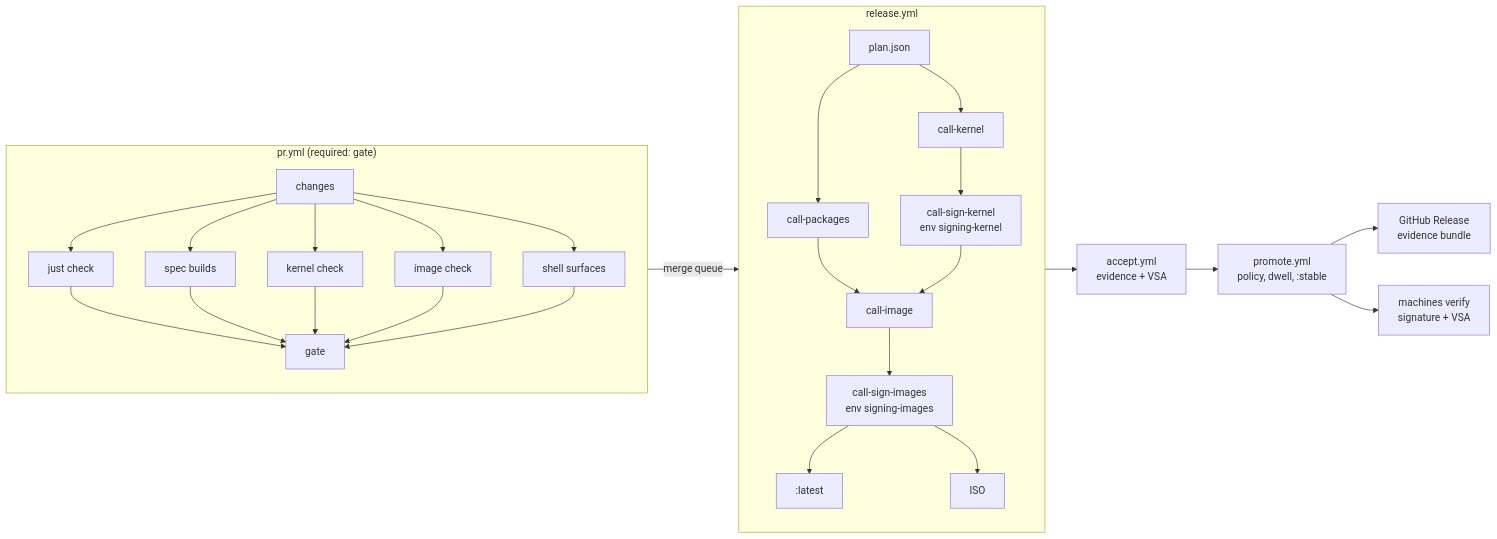
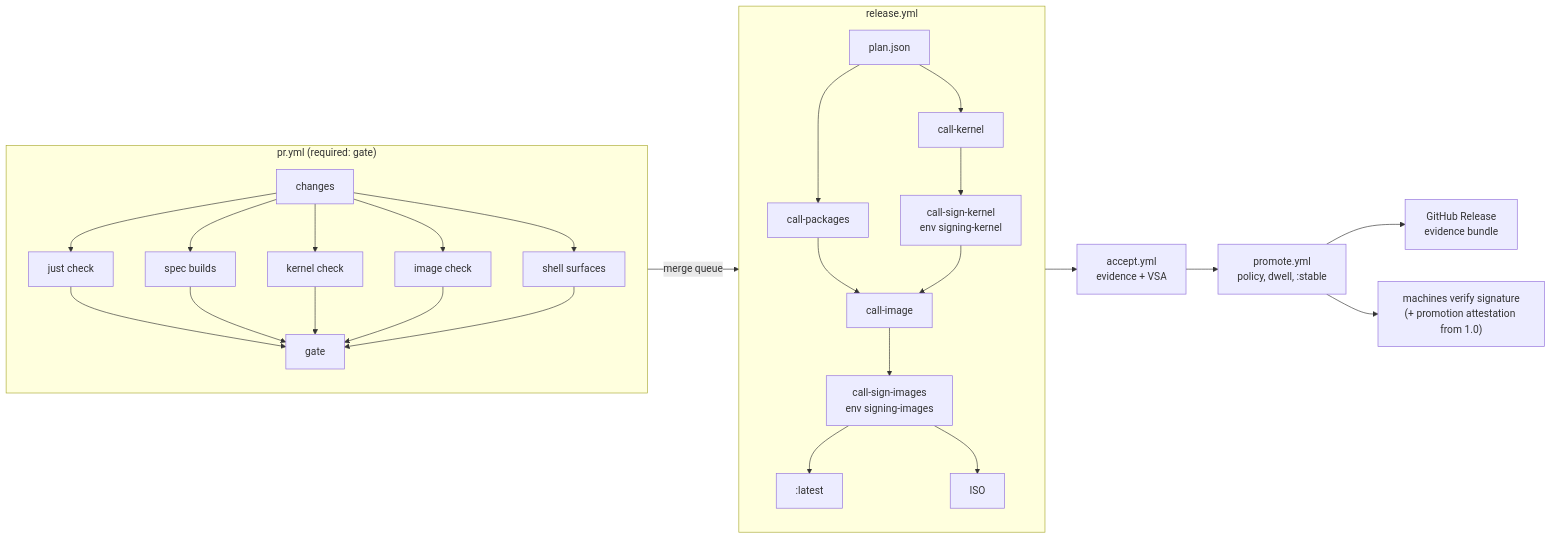
Before and after one commit to ars-regia/athanor: the diagram in docs/architecture/doc_pipeline.md, drawn with Mermaid. The commit also changed other lines of this file and 1 other file, not shown here.

````diff
--- a/docs/architecture/doc_pipeline.md
+++ b/docs/architecture/doc_pipeline.md
@@ -137,25 +141,25 @@
 ```mermaid
 flowchart LR
   subgraph PR["pr.yml (required: gate)"]
     C[changes] --> K[just check]
     C --> SB[spec builds]
     C --> KB[kernel check]
     C --> IC[image check]
     C --> SH[shell surfaces]
     K & SB & KB & IC & SH --> G[gate]
   end
   PR -->|merge queue| R
   subgraph R["release.yml"]
     P[plan.json] --> PK[call-packages]
     P --> KE[call-kernel]
     KE --> SK[call-sign-kernel<br/>env signing-kernel]
     PK & SK --> IM[call-image]
     IM --> SI[call-sign-images<br/>env signing-images]
     SI --> L[":latest"]
     SI --> ISO[ISO]
   end
   R --> A["accept.yml<br/>evidence + VSA"]
   A --> PR2["promote.yml<br/>policy, dwell, :stable"]
   PR2 --> GH["GitHub Release<br/>evidence bundle"]
-  PR2 --> M["machines verify<br/>signature + VSA"]
+  PR2 --> M["machines verify signature<br/>(+ promotion attestation from 1.0)"]
 ```
````
